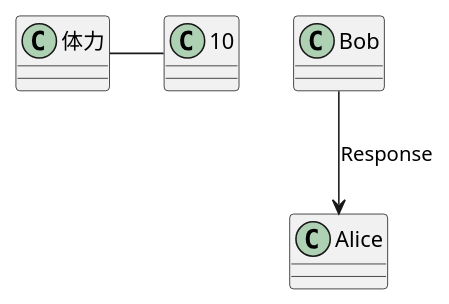
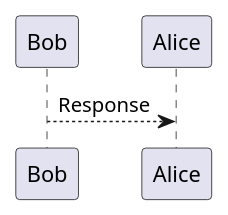
One commit to Aso2001041/2021sys-design changed the diagram in test1.md. Above: the diagram before and after it, drawn with PlantUML.

````diff
--- a/test1.md
+++ b/test1.md
@@ -1,6 +1,6 @@
 ```uml
 @startuml
-体力=10
+'体力=10'
 Bob --> Alice: Response
 @enduml
 ```
````
